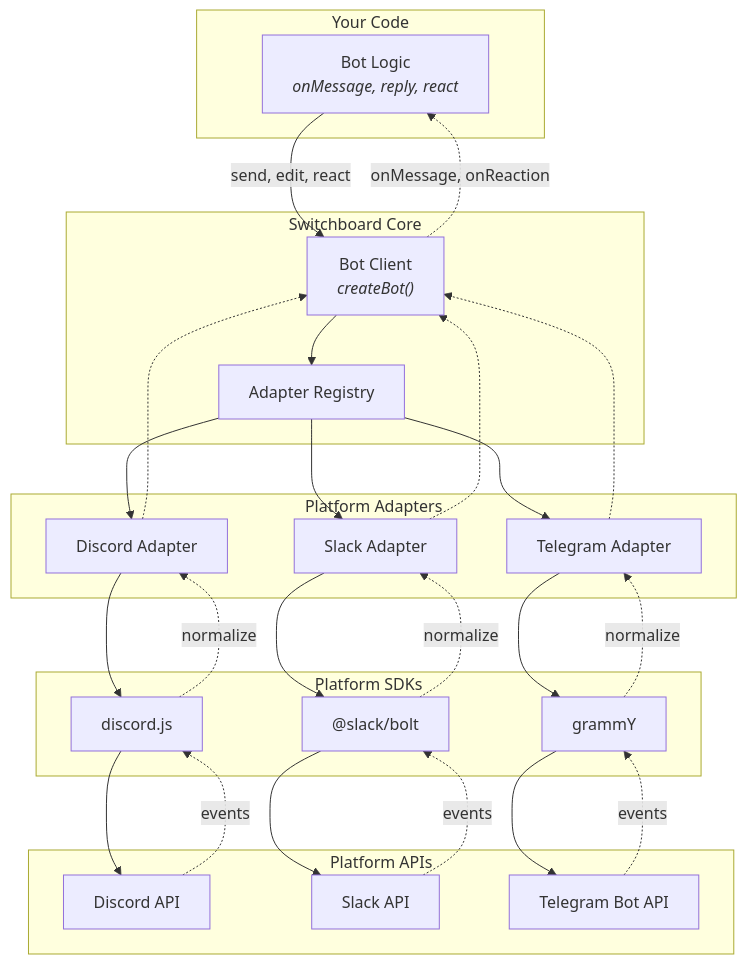
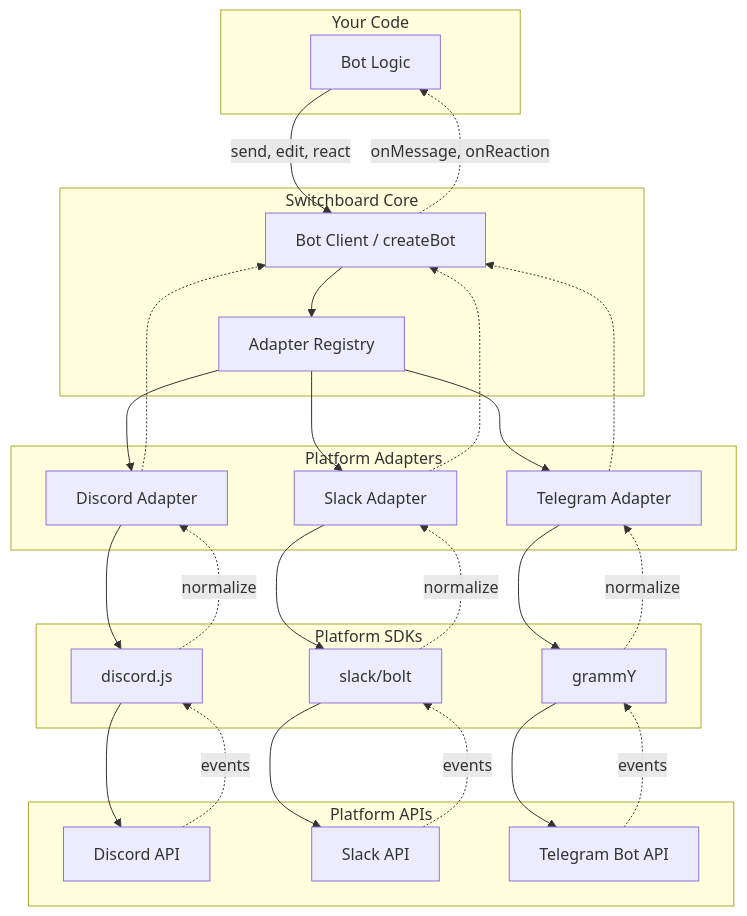
The diagram in README.md (Aarekaz/switchboard), drawn with Mermaid before and after one commit.

Commit message:
fix: use GitHub-compatible Mermaid syntax in architecture diagram
Remove HTML tags, ampersand shorthand, and chained dashed arrows
that GitHub's Mermaid renderer cannot parse.

````diff
--- a/README.md
+++ b/README.md
@@ -37,40 +37,52 @@
 ```mermaid
 graph TB
-    subgraph "Your Code"
-        UC["Bot Logic<br/><i>onMessage, reply, react</i>"]
+    subgraph YourCode["Your Code"]
+        UC["Bot Logic"]
     end
 
-    subgraph "Switchboard Core"
-        BC["Bot Client<br/><i>createBot()</i>"]
+    subgraph Core["Switchboard Core"]
+        BC["Bot Client / createBot"]
         AR["Adapter Registry"]
     end
 
-    subgraph "Platform Adapters"
+    subgraph Adapters["Platform Adapters"]
         DA["Discord Adapter"]
         SA["Slack Adapter"]
         TA["Telegram Adapter"]
     end
 
-    subgraph "Platform SDKs"
+    subgraph SDKs["Platform SDKs"]
         DJS["discord.js"]
-        BOLT["@slack/bolt"]
+        BOLT["slack/bolt"]
         GRAM["grammY"]
     end
 
-    subgraph "Platform APIs"
+    subgraph APIs["Platform APIs"]
         DAPI["Discord API"]
         SAPI["Slack API"]
         TAPI["Telegram Bot API"]
     end
 
-    UC -->|"send, edit, react"| BC
+    UC -->|send, edit, react| BC
     BC --> AR
-    AR --> DA & SA & TA
-    DA --> DJS --> DAPI
-    SA --> BOLT --> SAPI
-    TA --> GRAM --> TAPI
+    AR --> DA
+    AR --> SA
+    AR --> TA
+    DA --> DJS
+    DJS --> DAPI
+    SA --> BOLT
+    BOLT --> SAPI
+    TA --> GRAM
+    GRAM --> TAPI
 
-    DAPI -.->|"events"| DJS -.->|"normalize"| DA -.-> BC -.->|"onMessage, onReaction"| UC
-    SAPI -.->|"events"| BOLT -.->|"normalize"| SA -.-> BC
-    TAPI -.->|"events"| GRAM -.->|"normalize"| TA -.-> BC
+    DAPI -.->|events| DJS
+    DJS -.->|normalize| DA
+    DA -.-> BC
+    SAPI -.->|events| BOLT
+    BOLT -.->|normalize| SA
+    SA -.-> BC
+    TAPI -.->|events| GRAM
+    GRAM -.->|normalize| TA
+    TA -.-> BC
+    BC -.->|onMessage, onReaction| UC
 ```
````
